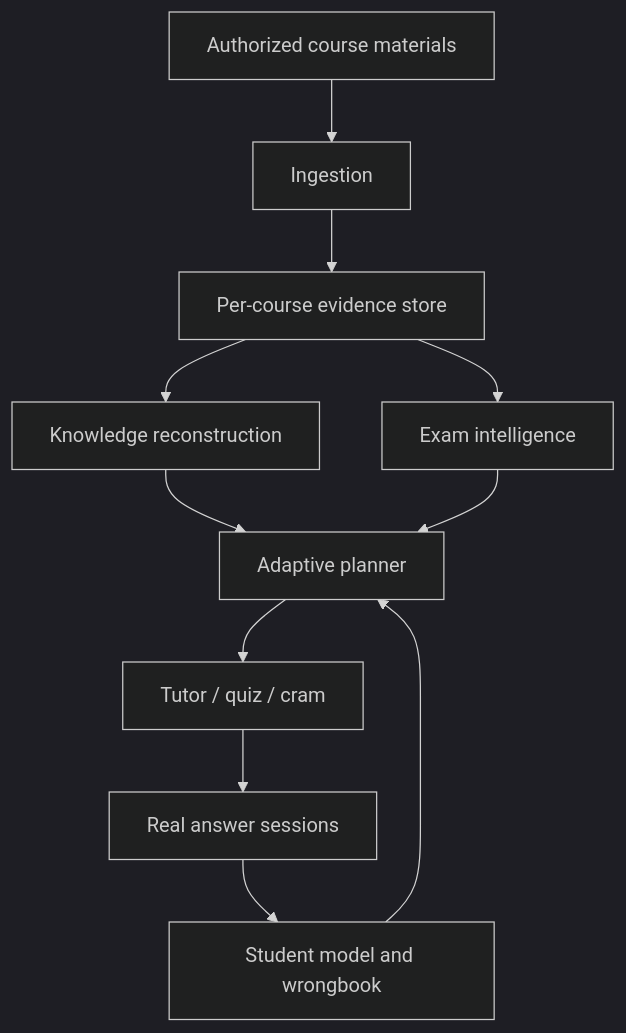
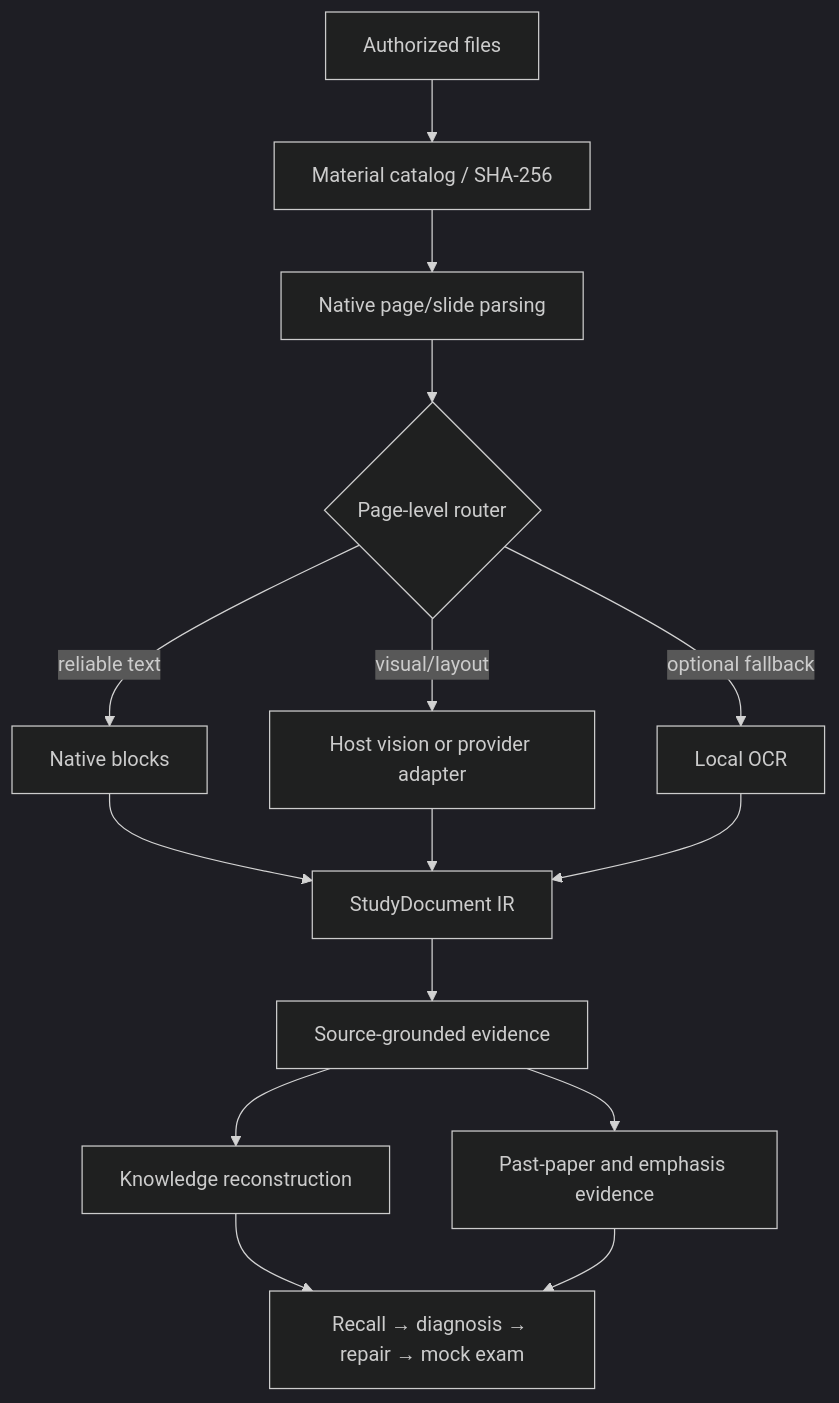
One commit to SiriZhao/recallforge-skill changed the diagram in docs/architecture.md. Above: the diagram before and after it, drawn with Mermaid (dark theme). The commit also changed other lines of this file and 54 other files, not shown here.

Commit message:
feat: add multimodal material intelligence

````diff
--- a/docs/architecture.md
+++ b/docs/architecture.md
@@ -5,13 +8,17 @@
 ```mermaid
 flowchart TD
-  I[Authorized course materials] --> N[Ingestion]
-  N --> E[Per-course evidence store]
+  F[Authorized files] --> C[Material catalog / SHA-256]
+  C --> N[Native page/slide parsing]
+  N --> R{Page-level router}
+  R -->|reliable text| X[Native blocks]
+  R -->|visual/layout| V[Host vision or provider adapter]
+  R -->|optional fallback| O[Local OCR]
+  X --> IR[StudyDocument IR]
+  V --> IR
+  O --> IR
+  IR --> E[Source-grounded evidence]
   E --> K[Knowledge reconstruction]
-  E --> X[Exam intelligence]
-  K --> P[Adaptive planner]
-  X --> P
-  P --> T[Tutor / quiz / cram]
-  T --> S[Real answer sessions]
-  S --> M[Student model and wrongbook]
-  M --> P
+  E --> P[Past-paper and emphasis evidence]
+  K --> L[Recall → diagnosis → repair → mock exam]
+  P --> L
 ```
````
